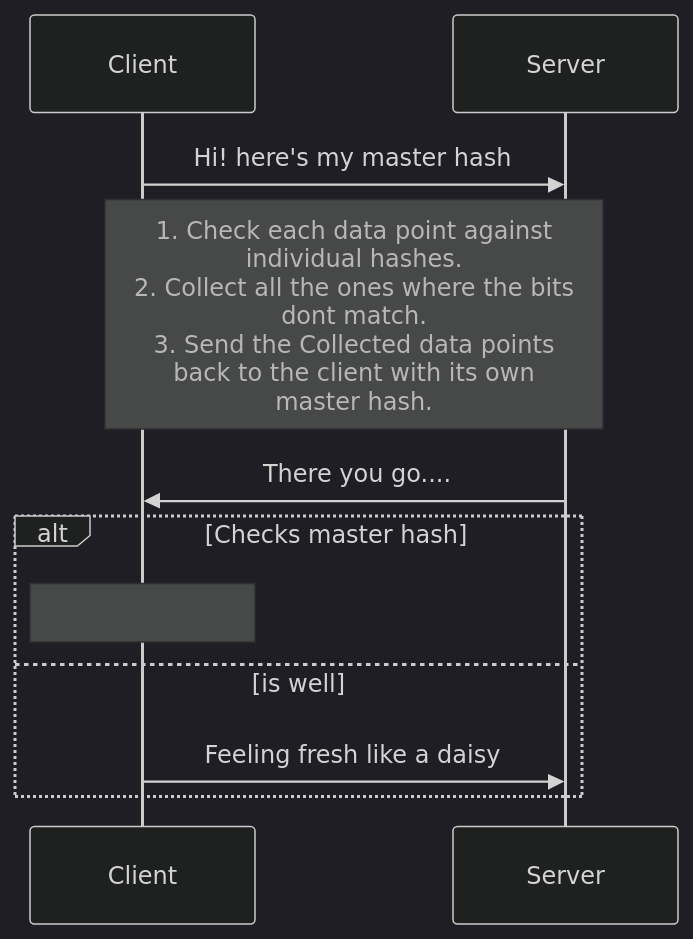
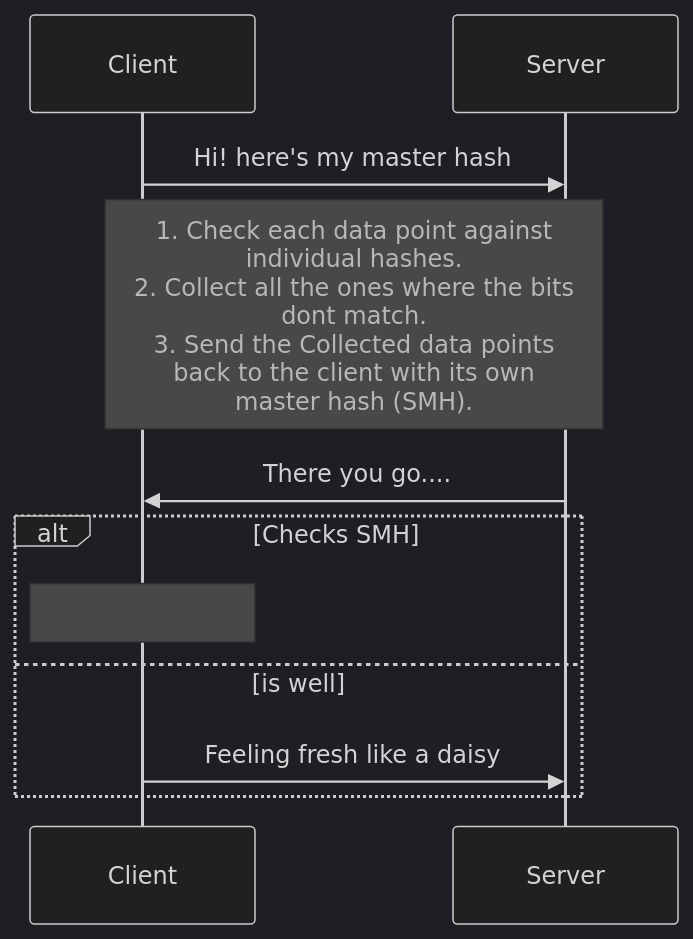
Before and after one commit to trshant-sugoi/stackedit: the first of 2 diagrams in drafts/2019-02-05-bloom-filter.md, drawn with Mermaid (dark theme). The commit also changed other lines of this file, not shown here.

Commit message:
drafts/2019-02-05-bloom-filter.md updated from https://stackedit.io/

````diff
--- a/drafts/2019-02-05-bloom-filter.md
+++ b/drafts/2019-02-05-bloom-filter.md
@@ -10,14 +10,16 @@
 ```mermaid
 sequenceDiagram
 Client ->> Server: Hi! here's my master hash
 
-Note over Server,Client: 1. Check each data point against <br/>individual hashes.<br/>2. Collect all the ones where the bits<br/> dont match.<br/>3. Send the Collected data points <br/>back to the client with its own<br/> master hash.
+Note over Server,Client: 1. Check each data point against <br/>individual hashes.<br/>2. Collect all the ones where the bits<br/> dont match.<br/>3. Send the Collected data points <br/>back to the client with its own<br/> master hash (SMH).
 
 Server ->> Client: There you go....
 
-alt Checks master hash
-        Note over Client: 
+alt Checks SMH
+        Note over Client:  
 else is well
         Client->>Server: Feeling fresh like a daisy
 end
+
+
 ```
````
